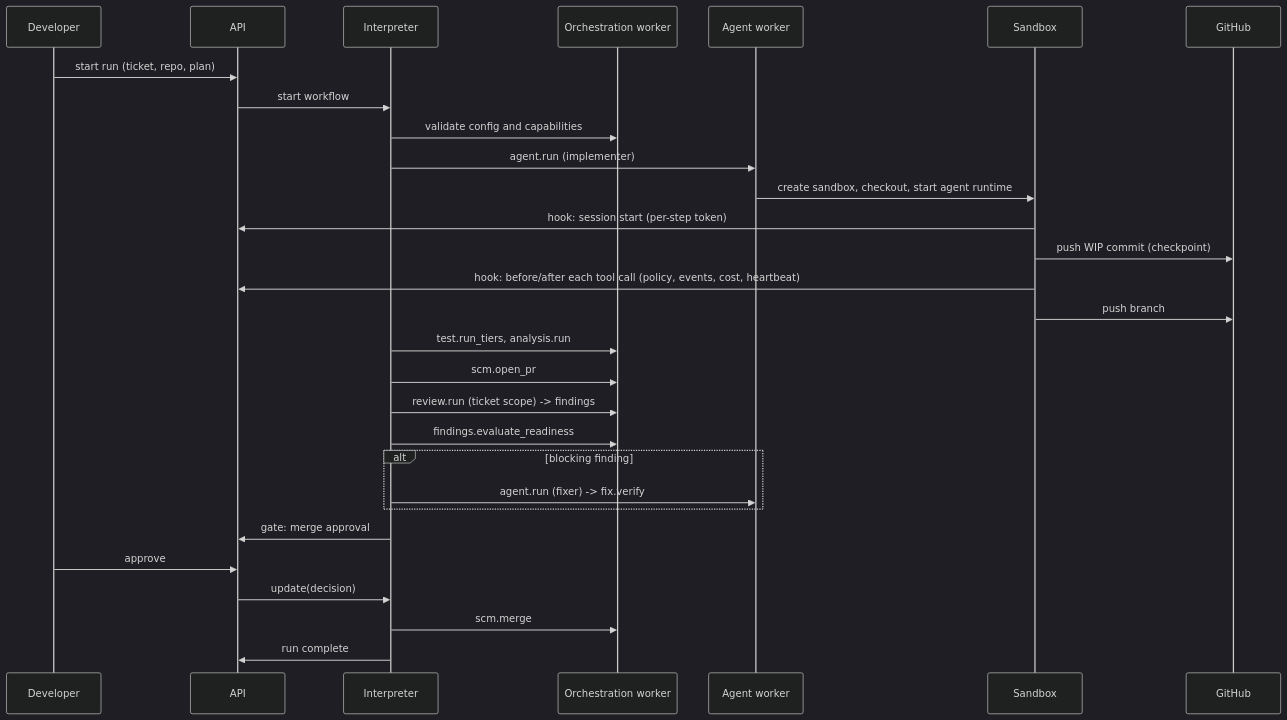
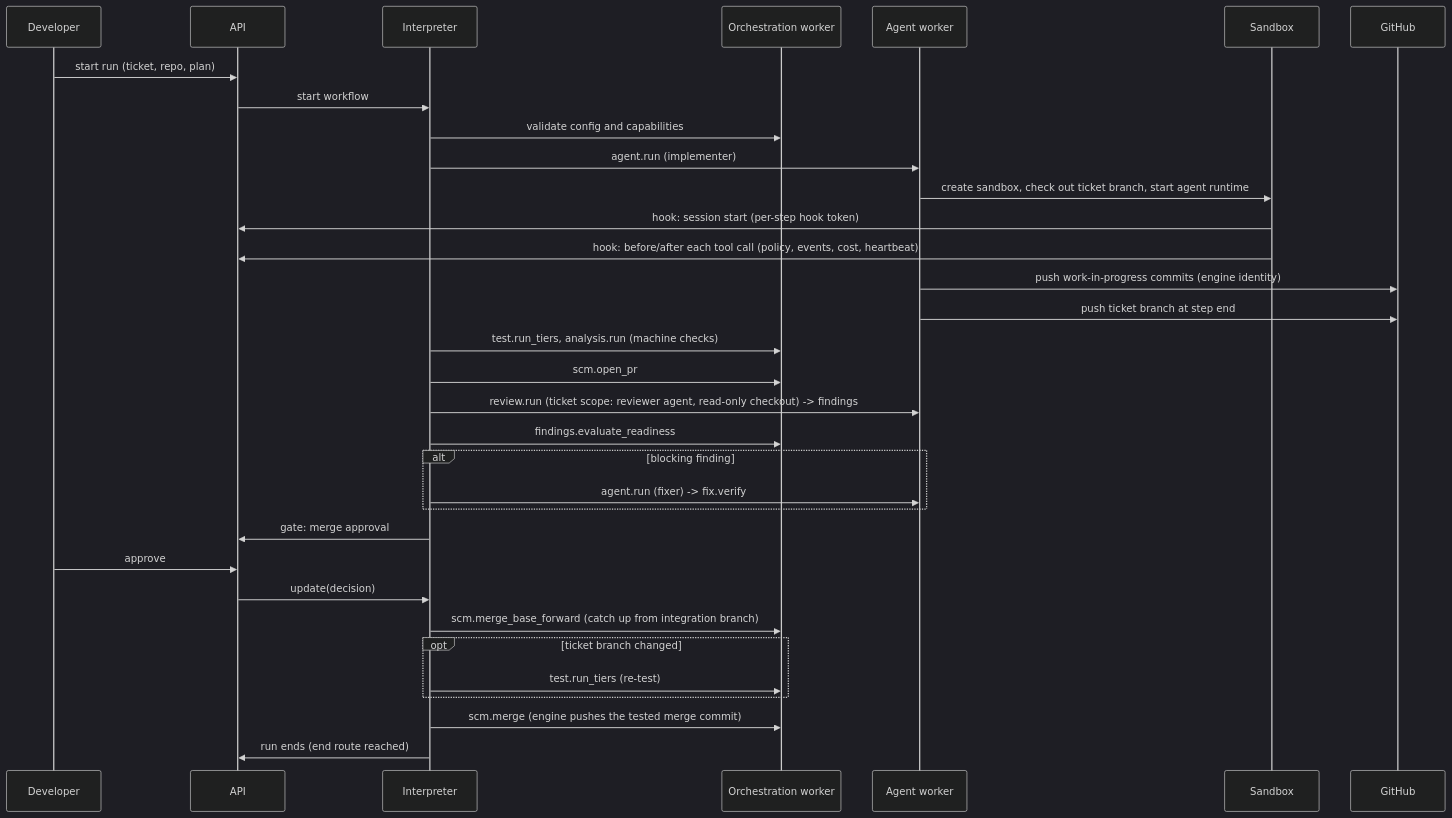
Before and after one commit to ai-feature-flow/feature-flow-poc: the second of 2 diagrams in docs/01-architecture-first-pass.md, drawn with Mermaid (dark theme). The commit also changed other lines of this file, not shown here.

First line of the commit message:
Update architecture first pass for the spike results, merge and review designs

````diff
--- a/docs/01-architecture-first-pass.md
+++ b/docs/01-architecture-first-pass.md
@@ -713,32 +853,36 @@
 ```mermaid
 sequenceDiagram
     participant U as Developer
     participant A as API
     participant W as Interpreter
     participant OW as Orchestration worker
     participant AW as Agent worker
     participant S as Sandbox
     participant G as GitHub
 
     U->>A: start run (ticket, repo, plan)
     A->>W: start workflow
     W->>OW: validate config and capabilities
     W->>AW: agent.run (implementer)
-    AW->>S: create sandbox, checkout, start agent runtime
-    S->>A: hook: session start (per-step token)
-    S->>G: push WIP commit (checkpoint)
+    AW->>S: create sandbox, check out ticket branch, start agent runtime
+    S->>A: hook: session start (per-step hook token)
     S->>A: hook: before/after each tool call (policy, events, cost, heartbeat)
-    S->>G: push branch
-    W->>OW: test.run_tiers, analysis.run
+    AW->>G: push work-in-progress commits (engine identity)
+    AW->>G: push ticket branch at step end
+    W->>OW: test.run_tiers, analysis.run (machine checks)
     W->>OW: scm.open_pr
-    W->>OW: review.run (ticket scope) -> findings
+    W->>AW: review.run (ticket scope: reviewer agent, read-only checkout) -> findings
     W->>OW: findings.evaluate_readiness
     alt blocking finding
       W->>AW: agent.run (fixer) -> fix.verify
     end
     W->>A: gate: merge approval
     U->>A: approve
     A->>W: update(decision)
-    W->>OW: scm.merge
-    W->>A: run complete
+    W->>OW: scm.merge_base_forward (catch up from integration branch)
+    opt ticket branch changed
+      W->>OW: test.run_tiers (re-test)
+    end
+    W->>OW: scm.merge (engine pushes the tested merge commit)
+    W->>A: run ends (end route reached)
 ```
````
